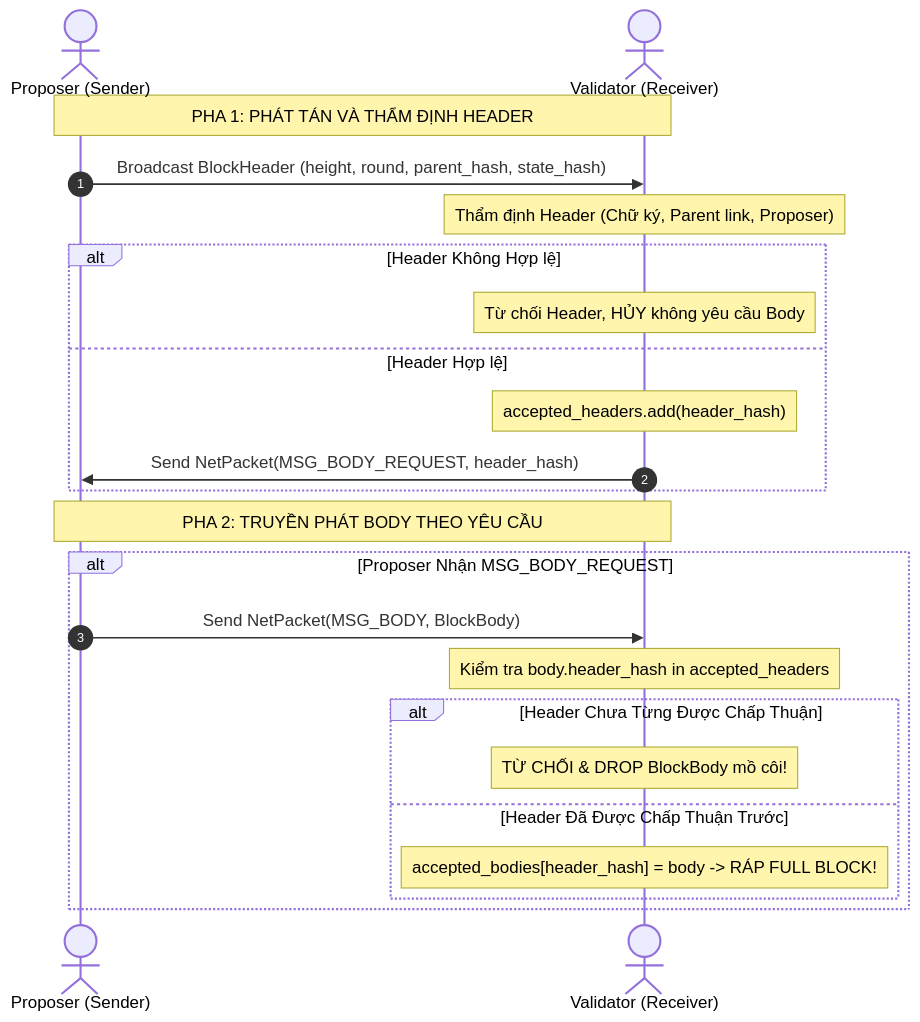
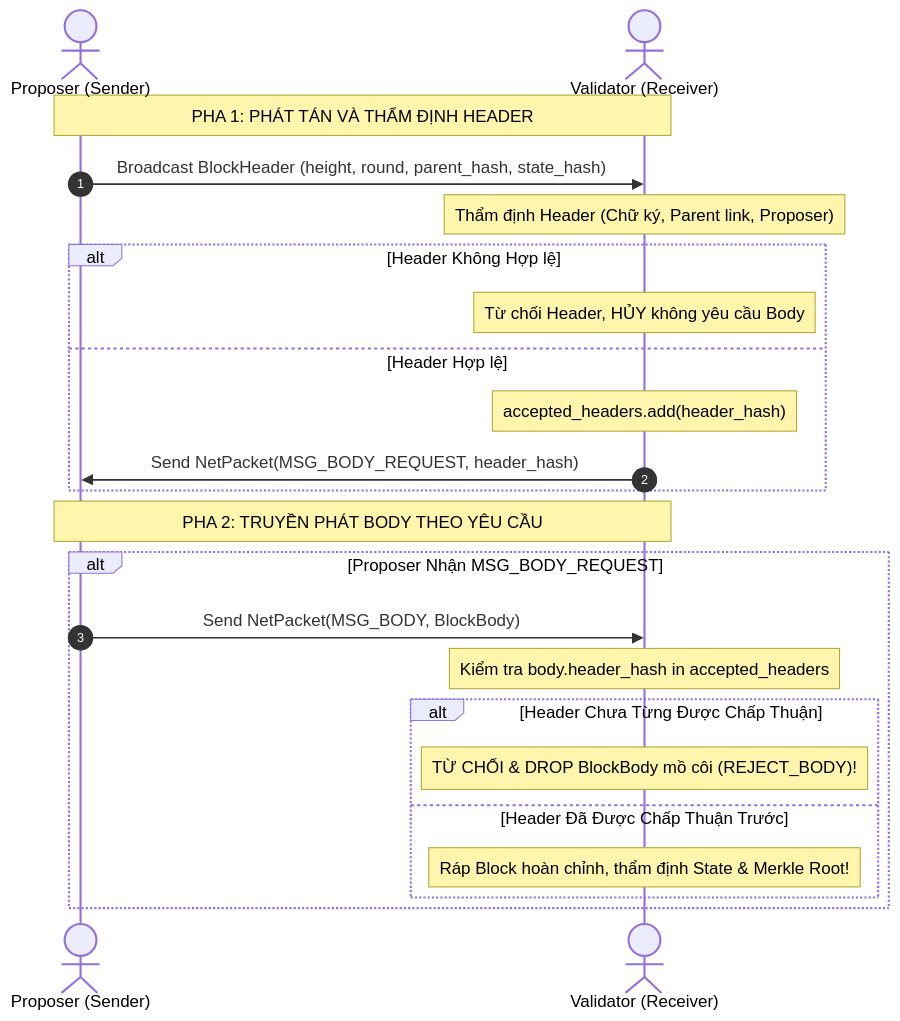
One commit to MaTuyetNganHCMUS/blockchain-lab01 changed the third of 4 diagrams in docs/DOC-03_network_report.md. Above: the diagram before and after it, drawn with Mermaid. The commit also changed other lines of this file and 8 other files, not shown here.

````diff
--- a/docs/DOC-03_network_report.md
+++ b/docs/DOC-03_network_report.md
@@ -118,27 +131,27 @@
 ```mermaid
 sequenceDiagram
     autonumber
     actor Proposer as Proposer (Sender)
     actor Peer as Validator (Receiver)
 
     Note over Proposer,Peer: PHA 1: PHÁT TÁN VÀ THẨM ĐỊNH HEADER
     Proposer->>Peer: Broadcast BlockHeader (height, round, parent_hash, state_hash)
     Note over Peer: Thẩm định Header (Chữ ký, Parent link, Proposer)
     alt Header Không Hợp lệ
         Note over Peer: Từ chối Header, HỦY không yêu cầu Body
     else Header Hợp lệ
         Note over Peer: accepted_headers.add(header_hash)
         Peer->>Proposer: Send NetPacket(MSG_BODY_REQUEST, header_hash)
     end
 
     Note over Proposer,Peer: PHA 2: TRUYỀN PHÁT BODY THEO YÊU CẦU
     alt Proposer Nhận MSG_BODY_REQUEST
         Proposer->>Peer: Send NetPacket(MSG_BODY, BlockBody)
         Note over Peer: Kiểm tra body.header_hash in accepted_headers
         alt Header Chưa Từng Được Chấp Thuận
-            Note over Peer: TỪ CHỐI & DROP BlockBody mồ côi!
+            Note over Peer: TỪ CHỐI & DROP BlockBody mồ côi (REJECT_BODY)!
         else Header Đã Được Chấp Thuận Trước
-            Note over Peer: accepted_bodies[header_hash] = body -> RÁP FULL BLOCK!
+            Note over Peer: Ráp Block hoàn chỉnh, thẩm định State & Merkle Root!
         end
     end
 ```
````
